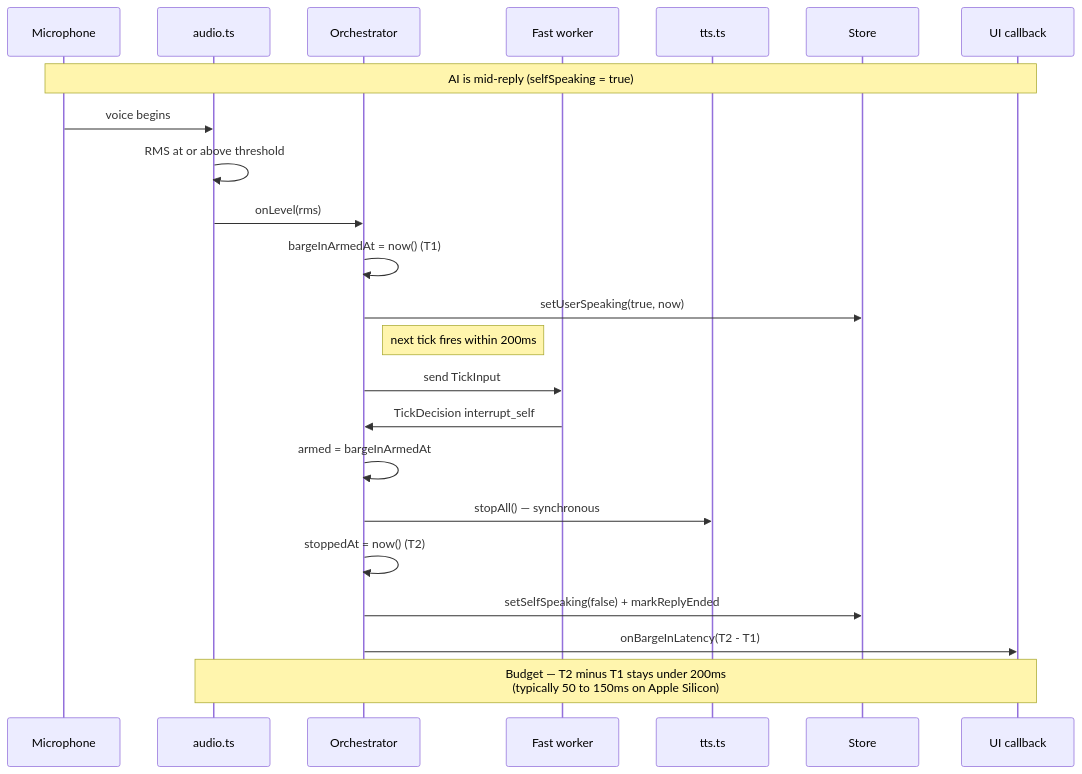
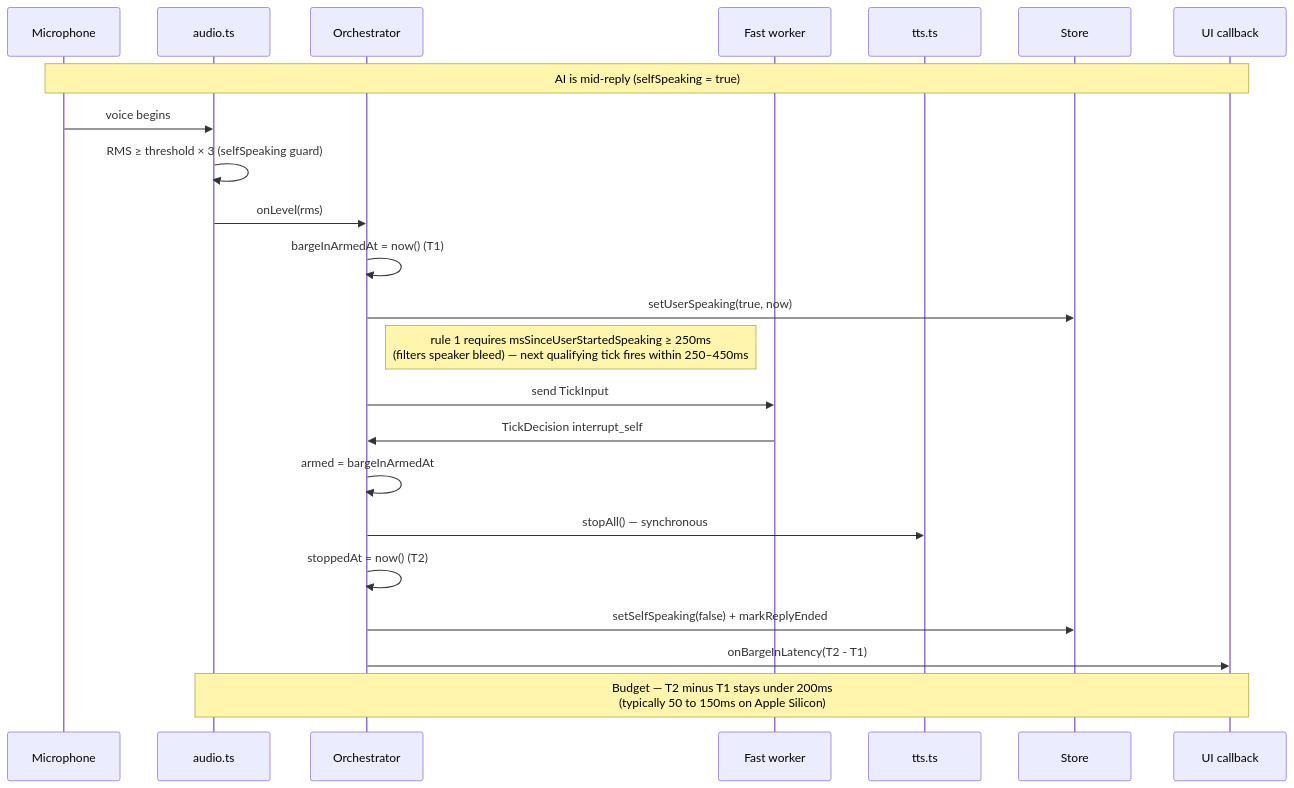
Before and after one commit to skalkii/duetmind: the fifth of 10 diagrams in docs/FLOWCHARTS.md, drawn with Mermaid. The commit also changed other lines of this file and 4 other files, not shown here.

````diff
--- a/docs/FLOWCHARTS.md
+++ b/docs/FLOWCHARTS.md
@@ -174,31 +175,31 @@
 ```mermaid
 sequenceDiagram
   participant Mic as Microphone
   participant Audio as audio.ts
   participant Orch as Orchestrator
   participant Fast as Fast worker
   participant TTS as tts.ts
   participant Store as Store
   participant UI as UI callback
 
   Note over Mic,UI: AI is mid-reply (selfSpeaking = true)
 
   Mic->>Audio: voice begins
-  Audio->>Audio: RMS at or above threshold
+  Audio->>Audio: RMS ≥ threshold × 3 (selfSpeaking guard)
   Audio->>Orch: onLevel(rms)
   Orch->>Orch: bargeInArmedAt = now() (T1)
   Orch->>Store: setUserSpeaking(true, now)
 
-  Note right of Orch: next tick fires within 200ms
+  Note right of Orch: rule 1 requires msSinceUserStartedSpeaking ≥ 250ms<br/>(filters speaker bleed) — next qualifying tick fires within 250–450ms
 
   Orch->>Fast: send TickInput
   Fast->>Orch: TickDecision interrupt_self
 
   Orch->>Orch: armed = bargeInArmedAt
   Orch->>TTS: stopAll() — synchronous
   Orch->>Orch: stoppedAt = now() (T2)
   Orch->>Store: setSelfSpeaking(false) + markReplyEnded
   Orch->>UI: onBargeInLatency(T2 - T1)
 
   Note over Audio,UI: Budget — T2 minus T1 stays under 200ms<br/>(typically 50 to 150ms on Apple Silicon)
 ```
````
